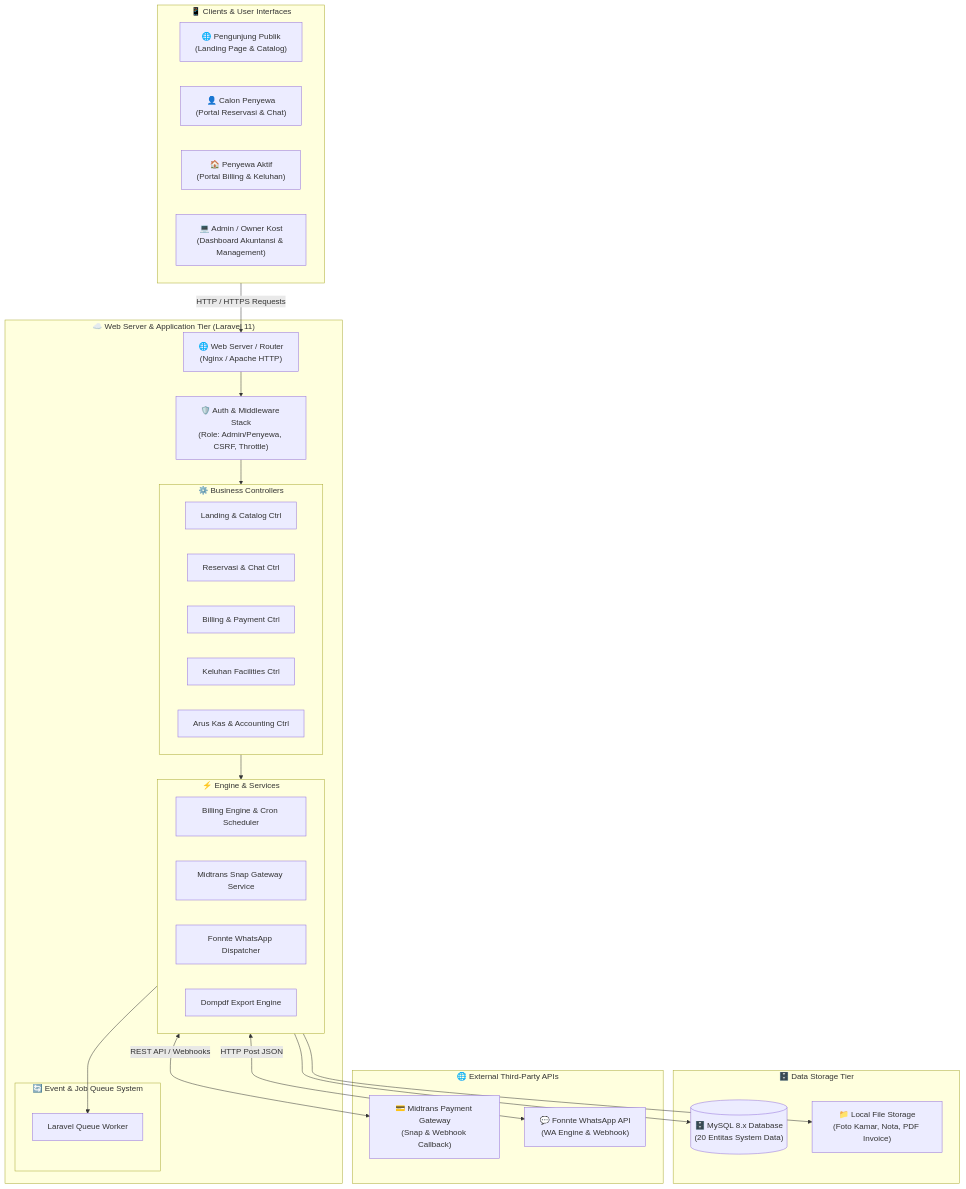
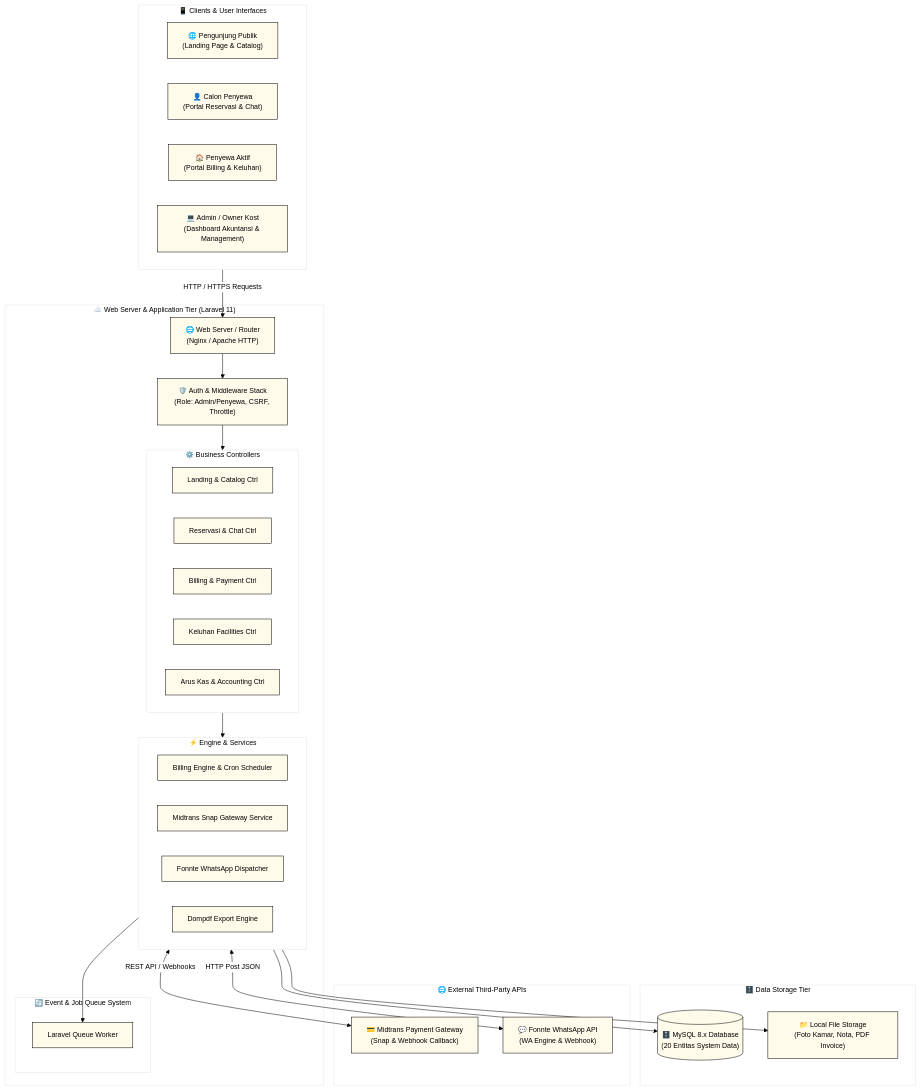
The diagram in Blueprint/prd/prd_diagram_1_architecture.mmd (rafifarsyapradiva/asri-boarding-house), drawn with Mermaid before and after one commit. The commit also changed 49 other files, not shown here.

Commit message:
docs(prd): finalize PRD v1.7.0, restructure diagram 16, add dual-format SVG/HD PNG and bump Blueprint v245.0

```diff
--- a/Blueprint/prd/prd_diagram_1_architecture.mmd
+++ b/Blueprint/prd/prd_diagram_1_architecture.mmd
@@ -1,51 +1,65 @@
+%%{init: {
+  'theme': 'base',
+  'themeVariables': {
+    'primaryColor': '#FFFBEB',
+    'primaryTextColor': '#000000',
+    'primaryBorderColor': '#000000',
+    'lineColor': '#000000',
+    'secondaryColor': '#FEF3C7',
+    'tertiaryColor': '#FFFFFF',
+    'edgeLabelBackground': '#FFFFFF',
+    'fontSize': '14px',
+    'fontFamily': 'Inter, system-ui, sans-serif'
+  }
+}}%%
 graph TB
     subgraph Clients["📱 Clients & User Interfaces"]
         Visitor["🌐 Pengunjung Publik<br/>(Landing Page & Catalog)"]
         GuestUser["👤 Calon Penyewa<br/>(Portal Reservasi & Chat)"]
         ActiveTenant["🏠 Penyewa Aktif<br/>(Portal Billing & Keluhan)"]
         AdminUser["💻 Admin / Owner Kost<br/>(Dashboard Akuntansi & Management)"]
     end
 
     subgraph Infrastructure["☁️ Web Server & Application Tier (Laravel 11)"]
         Nginx["🌐 Web Server / Router<br/>(Nginx / Apache HTTP)"]
         AuthMiddleware["🛡️ Auth & Middleware Stack<br/>(Role: Admin/Penyewa, CSRF, Throttle)"]
         
         subgraph Controllers["⚙️ Business Controllers"]
             LandingCtrl["Landing & Catalog Ctrl"]
             ReservasiCtrl["Reservasi & Chat Ctrl"]
             BillingCtrl["Billing & Payment Ctrl"]
             KeluhanCtrl["Keluhan Facilities Ctrl"]
             ArusKasCtrl["Arus Kas & Accounting Ctrl"]
         end
 
         subgraph Engine["⚡ Engine & Services"]
             BillingEngine["Billing Engine & Cron Scheduler"]
             MidtransService["Midtrans Snap Gateway Service"]
             FonnteService["Fonnte WhatsApp Dispatcher"]
             PdfGenerator["Dompdf Export Engine"]
         end
 
         subgraph QueueJob["🔄 Event & Job Queue System"]
             QueueWorker["Laravel Queue Worker"]
         end
     end
 
     subgraph DataStorage["🗄️ Data Storage Tier"]
         MySQL[("🗄️ MySQL 8.x Database<br/>(20 Entitas System Data)")]
         FileStorage["📁 Local File Storage<br/>(Foto Kamar, Nota, PDF Invoice)"]
     end
 
     subgraph ExternalAPIs["🌐 External Third-Party APIs"]
         MidtransAPI["💳 Midtrans Payment Gateway<br/>(Snap & Webhook Callback)"]
         FonnteAPI["💬 Fonnte WhatsApp API<br/>(WA Engine & Webhook)"]
     end
 
     Clients -->|"HTTP / HTTPS Requests"| Nginx
     Nginx --> AuthMiddleware
     AuthMiddleware --> Controllers
     Controllers --> Engine
     Engine --> QueueWorker
     Engine --> MySQL
     Engine --> FileStorage
     Engine <-->|"REST API / Webhooks"| MidtransAPI
     Engine <-->|"HTTP Post JSON"| FonnteAPI
```
